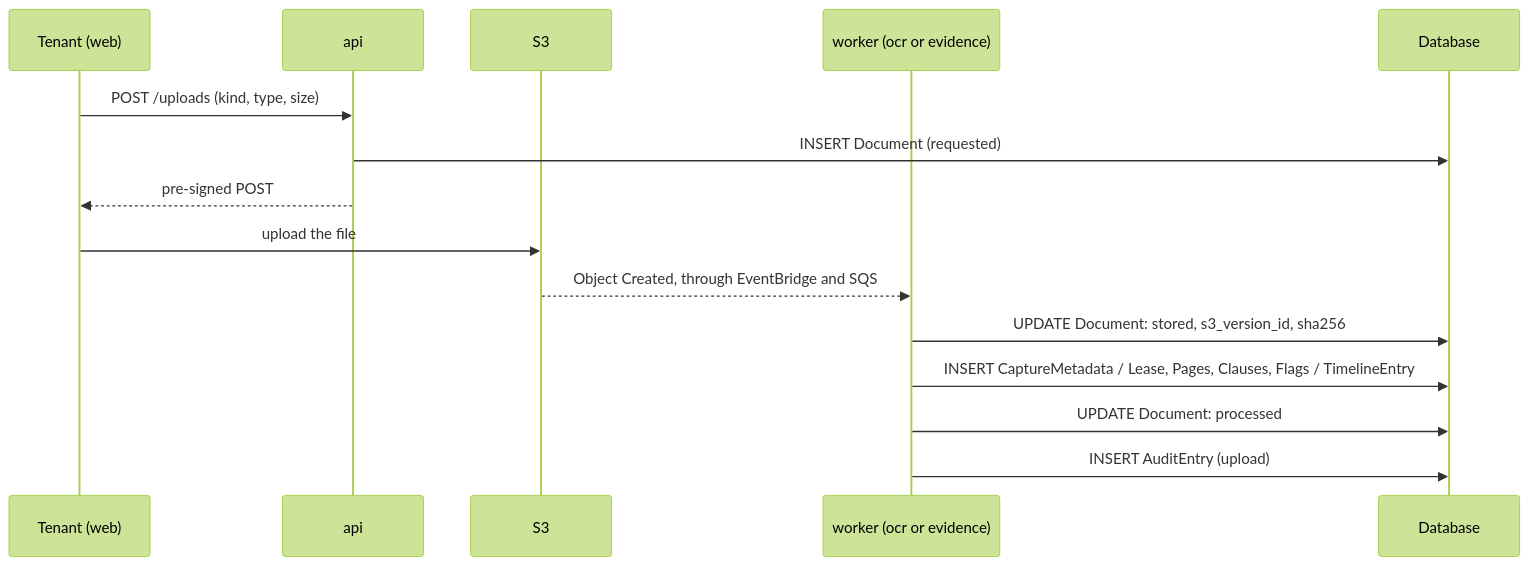
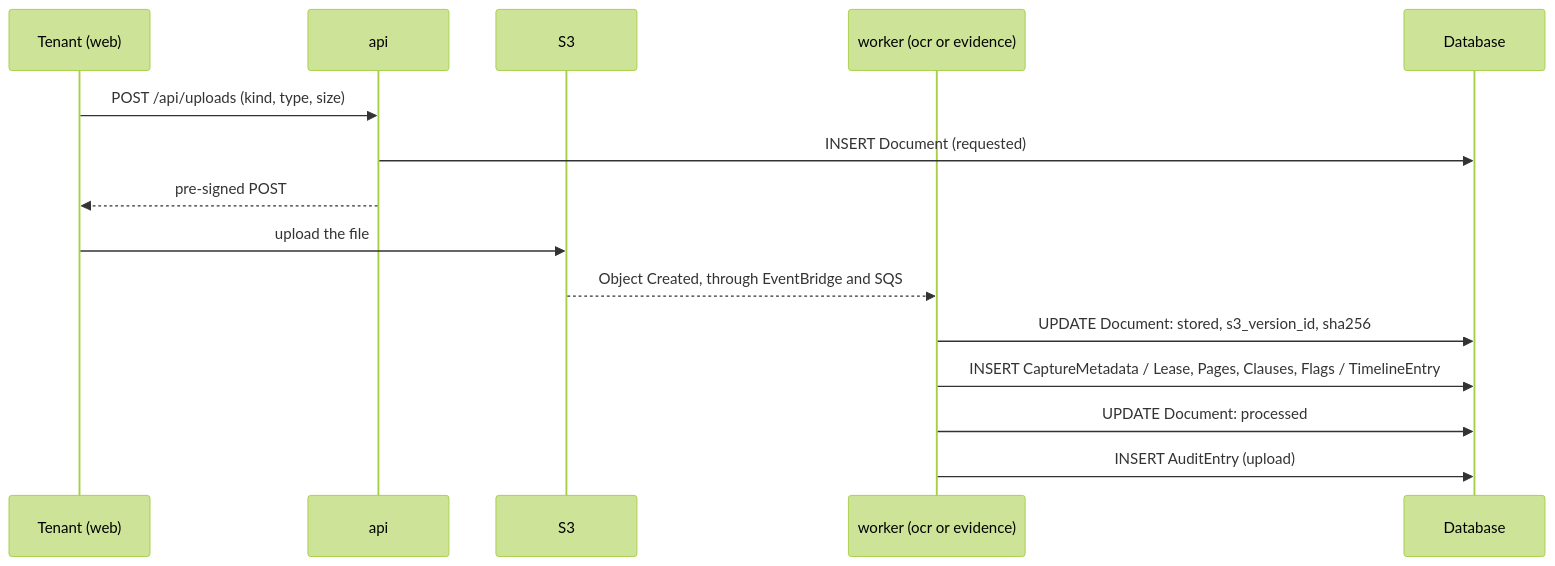
One commit to Katlego-tech/Tokelo changed the second of 3 diagrams in docs/design/domain-model.md. Above: the diagram before and after it, drawn with Mermaid (forest theme). The commit also changed 17 other files, not shown here.

````diff
--- a/docs/design/domain-model.md
+++ b/docs/design/domain-model.md
@@ -167,17 +167,17 @@
 ```mermaid
 sequenceDiagram
     participant T as Tenant (web)
     participant A as api
     participant S as S3
     participant W as worker (ocr or evidence)
     participant D as Database
-    T->>A: POST /uploads (kind, type, size)
+    T->>A: POST /api/uploads (kind, type, size)
     A->>D: INSERT Document (requested)
     A-->>T: pre-signed POST
     T->>S: upload the file
     S-->>W: Object Created, through EventBridge and SQS
     W->>D: UPDATE Document: stored, s3_version_id, sha256
     W->>D: INSERT CaptureMetadata / Lease, Pages, Clauses, Flags / TimelineEntry
     W->>D: UPDATE Document: processed
     W->>D: INSERT AuditEntry (upload)
 ```
````
